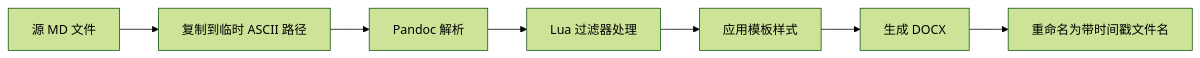
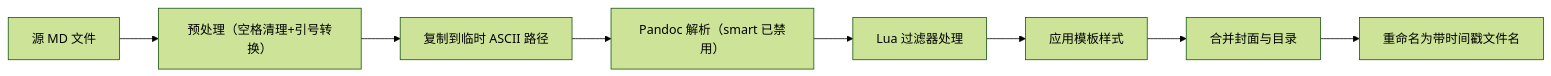
The diagram in SKILL.md (wenhaoa/md2word-pandoc), drawn with Mermaid (forest theme) before and after one commit. The commit also changed other lines of this file and 3 other files, not shown here.

````diff
--- a/SKILL.md
+++ b/SKILL.md
@@ -233,9 +232,10 @@
 ```mermaid
 graph LR
-    A[源 MD 文件] --> B[复制到临时 ASCII 路径]
-    B --> C[Pandoc 解析]
-    C --> D[Lua 过滤器处理]
-    D --> E[应用模板样式]
-    E --> F[生成 DOCX]
-    F --> G[重命名为带时间戳文件名]
+    A[源 MD 文件] --> B["预处理（空格清理+引号转换）"]
+    B --> C[复制到临时 ASCII 路径]
+    C --> D["Pandoc 解析（smart 已禁用）"]
+    D --> E[Lua 过滤器处理]
+    E --> F[应用模板样式]
+    F --> G[合并封面与目录]
+    G --> H[重命名为带时间戳文件名]
 ```
````
